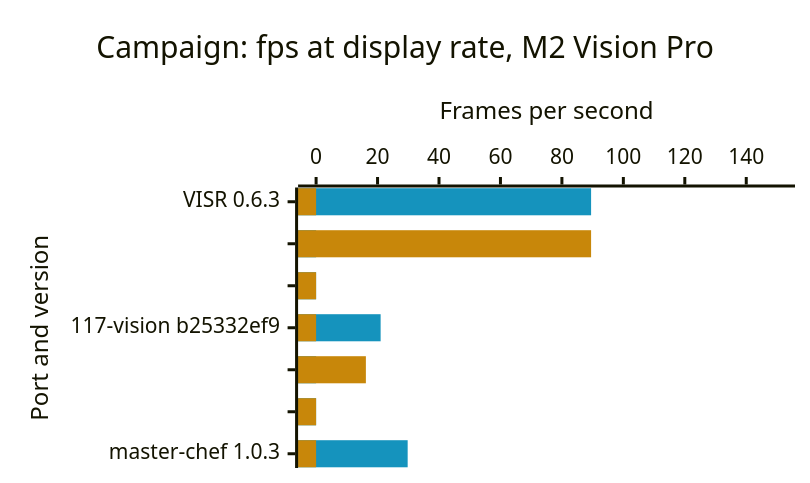
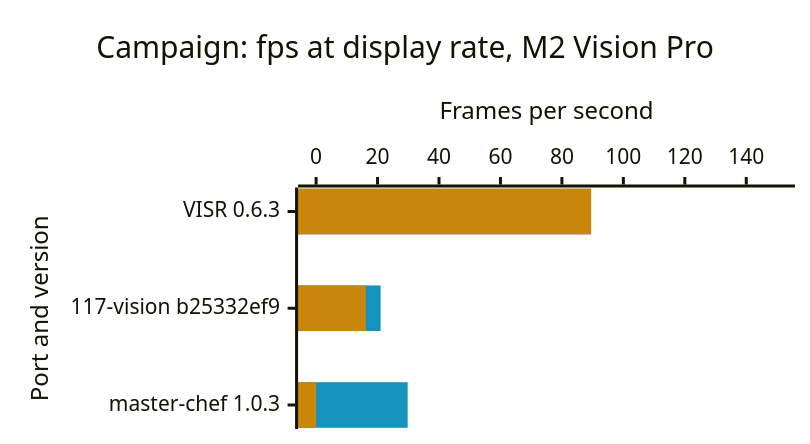
One commit to steverice/visr changed the fourth of 6 diagrams in docs/benchmarks.md. Above: the diagram before and after it, drawn with Mermaid. The commit also changed other lines of this file and 6 other files, not shown here.

First line of the commit message:
📝 docs(benchmarks): draw each build as one band with its average and 1% low bars touching — `groupBars` splits Mermaid's overlapping series into the band's upper and lower halves, replacing the blank-label rows

````diff
--- a/docs/benchmarks.md
+++ b/docs/benchmarks.md
@@ -108,17 +108,17 @@
 ```mermaid
 ---
 config:
   xyChart:
     width: 520
-    height: 302
+    height: 276
   themeVariables:
     xyChart:
       plotColorPalette: "#1593bd, #c8870a"
 ---
 xychart-beta horizontal
     title "Campaign: fps at display rate, M2 Vision Pro"
-    x-axis "Port and version" ["VISR 0.6.3", "⠀⠀", "⠀⠀⠀", "117-vision b25332ef9", "⠀⠀⠀⠀⠀", "⠀⠀⠀⠀⠀⠀", "master-chef 1.0.3"]
+    x-axis "Port and version" ["VISR 0.6.3", "117-vision b25332ef9", "master-chef 1.0.3"]
     y-axis "Frames per second" 0 --> 150
-    bar [89.5, 0, 0, 21, 0, 0, 29.8]
-    bar [0, 89.5, 0, 0, 16.2, 0, 0]
+    bar [89.5, 21, 29.8]
+    bar [89.5, 16.2, 0]
 ```
````
